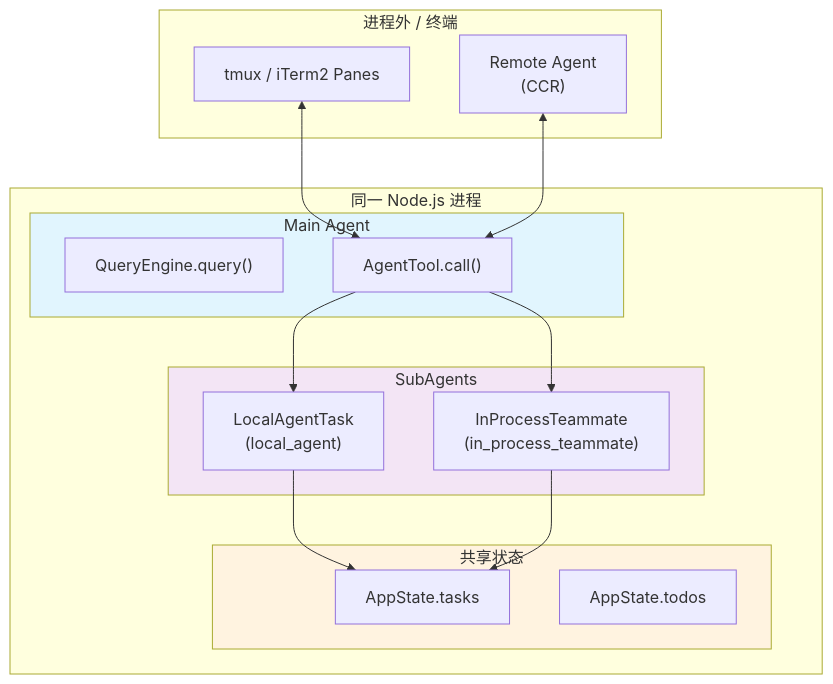
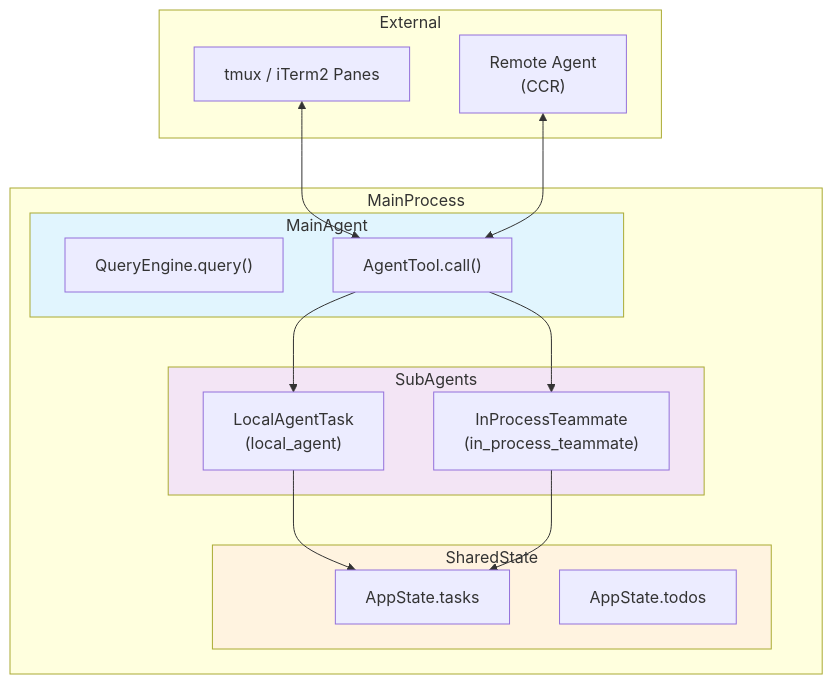
One commit to platootalp/harness-code changed the third of 15 diagrams in harness/docs/deep/AGENT-SYSTEM.md. Above: the diagram before and after it, drawn with Mermaid. The commit also changed other lines of this file and 8 other files, not shown here.

First line of the commit message:
docs: review and fix docs/deep/ accuracy and mermaid rendering

````diff
--- a/harness/docs/deep/AGENT-SYSTEM.md
+++ b/harness/docs/deep/AGENT-SYSTEM.md
@@ -263,35 +264,35 @@
 ```mermaid
 flowchart TD
-    subgraph MainProcess["同一 Node.js 进程"]
-        subgraph MainAgent["Main Agent"]
+    subgraph MainProcess
+        subgraph MainAgent
             QueryEngine["QueryEngine.query()"]
             AgentTool["AgentTool.call()"]
         end
 
-        subgraph SubAgents["SubAgents"]
+        subgraph SubAgents
             LocalAgentTask["LocalAgentTask<br/>(local_agent)"]
             InProcessTeammate["InProcessTeammate<br/>(in_process_teammate)"]
         end
 
-        subgraph SharedState["共享状态"]
+        subgraph SharedState
             AppState["AppState.tasks"]
             AppStateTodos["AppState.todos"]
         end
     end
 
-    subgraph External["进程外 / 终端"]
+    subgraph External
         TmuxPanes["tmux / iTerm2 Panes"]
         RemoteAgent["Remote Agent<br/>(CCR)"]
     end
 
     AgentTool --> LocalAgentTask
     AgentTool --> InProcessTeammate
     LocalAgentTask --> AppState
     InProcessTeammate --> AppState
     TmuxPanes <--> AgentTool
     RemoteAgent <--> AgentTool
 
     style MainAgent fill:#e1f5fe
     style SubAgents fill:#f3e5f5
     style SharedState fill:#fff3e0
 ```
````
